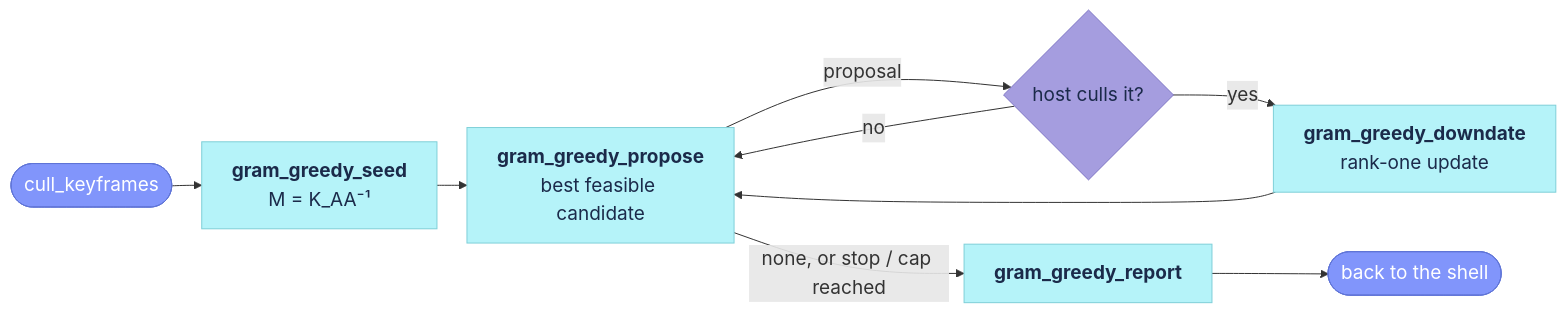
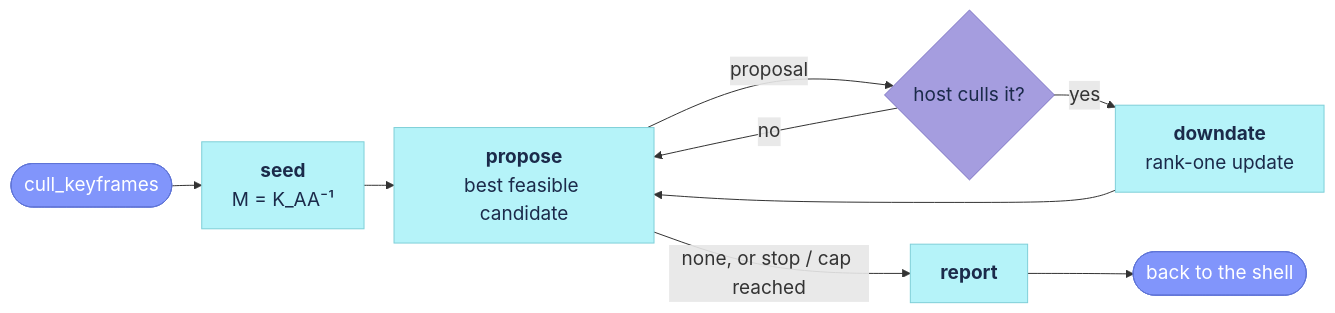
The diagram in docs/reference/placecell_gram_greedy.md (alejandrofontan/placecell), drawn with Mermaid before and after one commit. The commit also changed other lines of this file and 8 other files, not shown here.

First line of the commit message:
Culler: gram-greedy moves into namespace placecell::gram_greedy behind internal headers

````diff
--- a/docs/reference/placecell_gram_greedy.md
+++ b/docs/reference/placecell_gram_greedy.md
@@ -48,25 +52,25 @@
 ```mermaid
 %%{init: {"themeVariables": {"fontSize": "19px"}, "flowchart": {"nodeSpacing": 25, "rankSpacing": 30}}}%%
 flowchart LR
-    SHELL([cull_keyframes]) --> SEED["<b>gram_greedy_seed</b><br/>M = K_AA⁻¹"]
-    SEED --> PROP["<b>gram_greedy_propose</b><br/>best feasible candidate"]
+    SHELL([cull_keyframes]) --> SEED["<b>seed</b><br/>M = K_AA⁻¹"]
+    SEED --> PROP["<b>propose</b><br/>best feasible candidate"]
     PROP -- proposal --> EXEC{host culls it?}
-    EXEC -- yes --> DOWN["<b>gram_greedy_downdate</b><br/>rank-one update"] --> PROP
+    EXEC -- yes --> DOWN["<b>downdate</b><br/>rank-one update"] --> PROP
     EXEC -- no --> PROP
-    PROP -- "none, or stop / cap reached" --> REP["<b>gram_greedy_report</b>"]
+    PROP -- "none, or stop / cap reached" --> REP["<b>report</b>"]
     REP --> OUT([back to the shell])
 
-    click SEED "#gram_greedy_seed"
-    click PROP "#gram_greedy_propose"
-    click DOWN "#gram_greedy_downdate"
-    click REP "#gram_greedy_report"
+    click SEED "#seed"
+    click PROP "#propose"
+    click DOWN "#downdate"
+    click REP "#report"
 
     %% VSLAM-LAB logo squares: cyan #b5f3f9, periwinkle #8195fb, lavender #a59ddf
     classDef entry fill:#8195fb,stroke:#5f74d6,color:#fff
     classDef step fill:#b5f3f9,stroke:#7fcfd8,color:#1b2a4a
     classDef check fill:#a59ddf,stroke:#7e75c4,color:#1b2a4a
 
     class SHELL,OUT entry
     class SEED,PROP,DOWN,REP step
     class EXEC check
 ```
````
